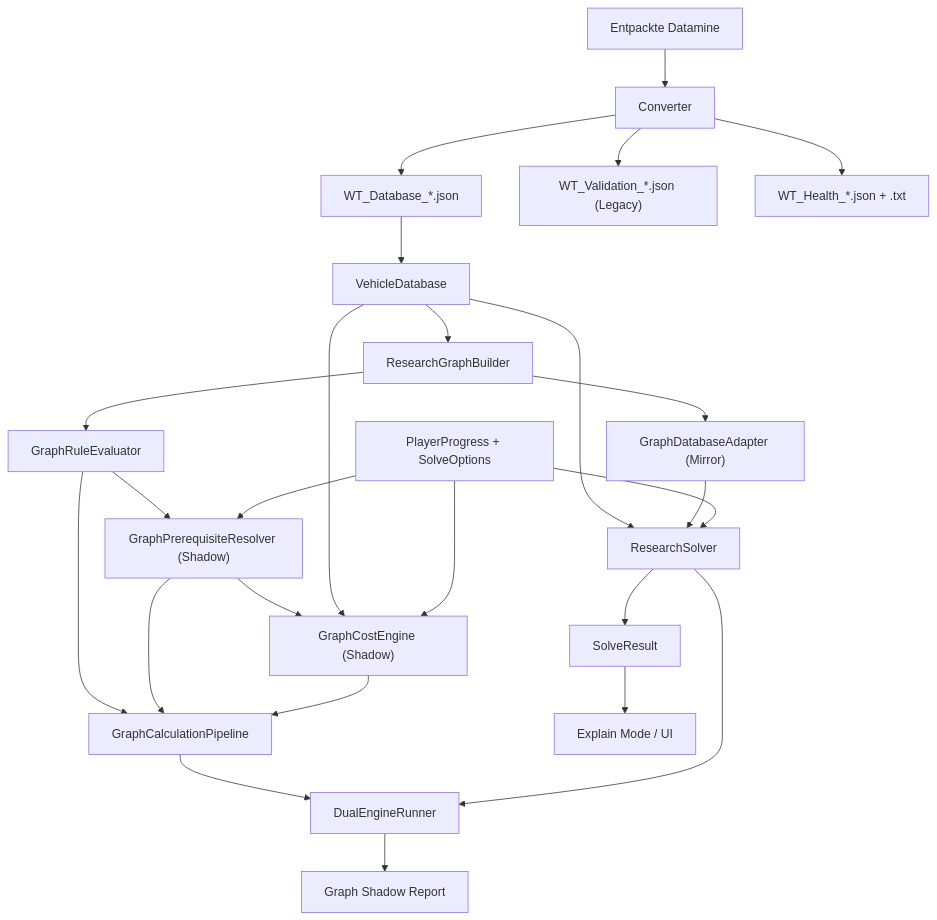
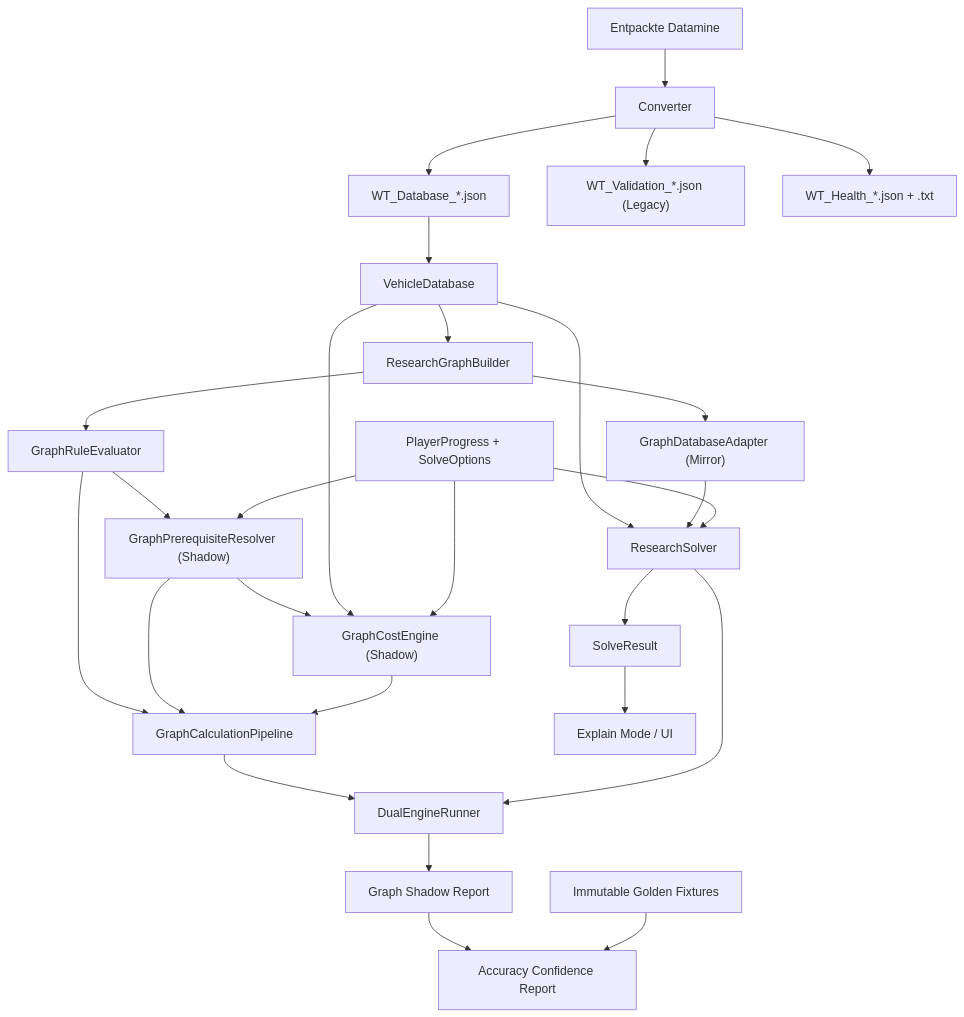
The diagram in docs/02_ARCHITECTURE.md (wursti10-cmyk/wurstbrot-suite), drawn with Mermaid before and after one commit. The commit also changed other lines of this file and 27 other files, not shown here.

First line of the commit message:
Accuracy: add independent confidence and reference suites (#10)

````diff
--- a/docs/02_ARCHITECTURE.md
+++ b/docs/02_ARCHITECTURE.md
@@ -22,27 +23,29 @@
 ```mermaid
 flowchart TD
   D["Entpackte Datamine"] --> C["Converter"]
   C --> J["WT_Database_*.json"]
   C --> V["WT_Validation_*.json (Legacy)"]
   C --> H["WT_Health_*.json + .txt"]
   J --> DB["VehicleDatabase"]
   DB --> G["ResearchGraphBuilder"]
   G --> A["GraphDatabaseAdapter (Mirror)"]
   G --> RE["GraphRuleEvaluator"]
   RE --> GR["GraphPrerequisiteResolver (Shadow)"]
   P --> GR
   GR --> GC["GraphCostEngine (Shadow)"]
   DB --> GC
   P --> GC
   RE --> GP["GraphCalculationPipeline"]
   GR --> GP
   GC --> GP
   DB --> S["ResearchSolver"]
   A --> S
   P["PlayerProgress + SolveOptions"] --> S
   GP --> DE["DualEngineRunner"]
   S --> DE
   DE --> SR["Graph Shadow Report"]
+  SR --> AC["Accuracy Confidence Report"]
+  GF["Immutable Golden Fixtures"] --> AC
   S --> R["SolveResult"]
   R --> E["Explain Mode / UI"]
 ```
````
